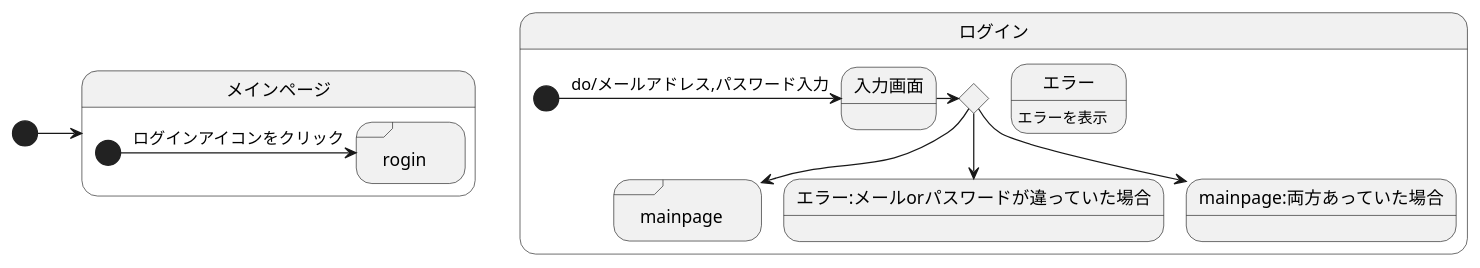
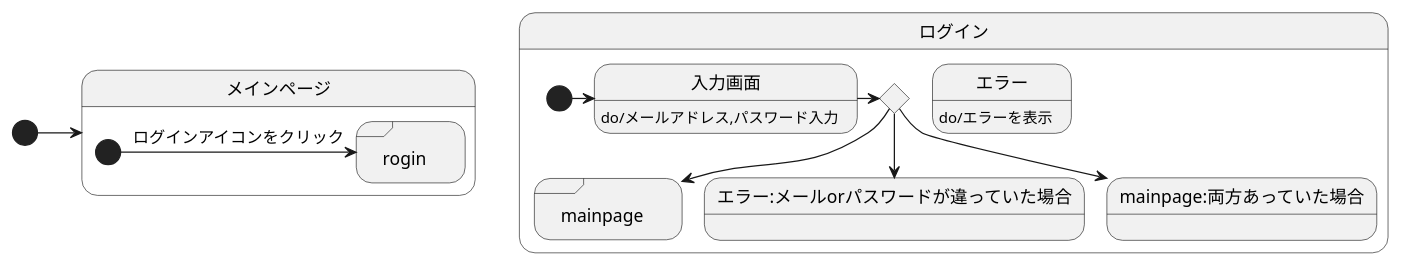
Before and after one commit to akutori/T-D-E: the diagram in UML.md, drawn with PlantUML.

Commit message:
ｔ

````diff
--- a/UML.md
+++ b/UML.md
@@ -1,28 +1,22 @@
 ```uml
 @startuml
-
-
 [*]->メインページ
 state メインページ{
 state rogin
     [*]-> rogin : ログインアイコンをクリック
-
 }
 state "rogin" <<sdlreceive>> 
 
 state ログイン{
 state input <<choice>>
 state "mainpage" <<sdlreceive>>
-エラー:エラーを表示
-    [*]-> 入力画面:do/メールアドレス,パスワード入力
+state 入力画面:do/メールアドレス,パスワード入力
+state エラー:do/エラーを表示
+    [*]-> 入力画面
     入力画面->input
     input --> エラー:メールorパスワードが違っていた場合
-
     input --> mainpage:両方あっていた場合
     input --> mainpage
 }
-
-
-
 @enduml
 ```
````
